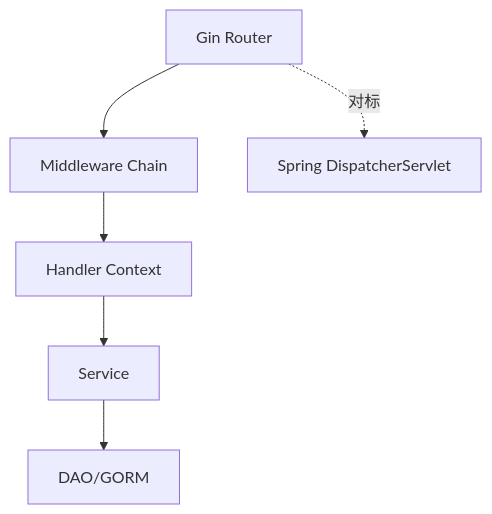
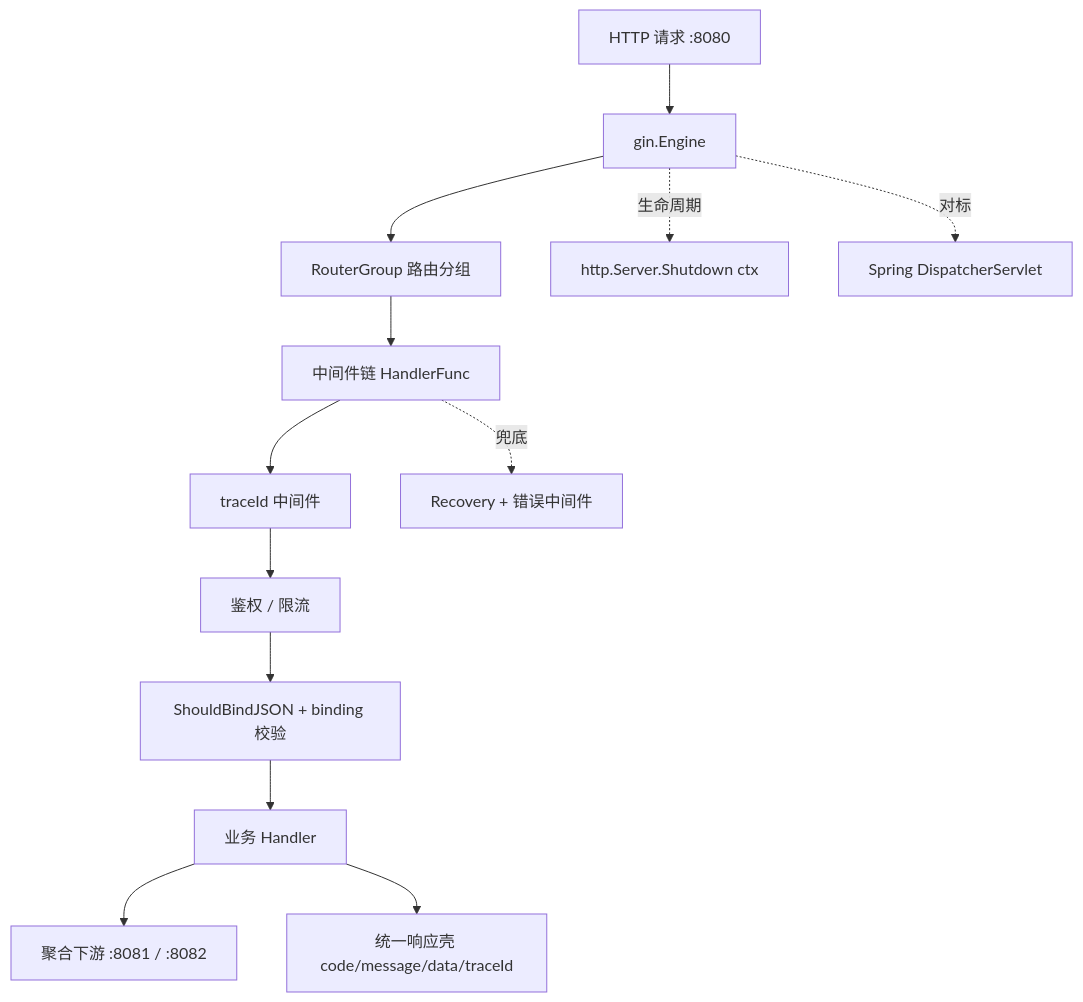
Before and after one commit to xiangganLuo/java-perspective-go-python-fullstack: the diagram in book/chapters/05-go-web-框架-gin-对标-spring-mvc-的技术映射.md, drawn with Mermaid. The commit also changed other lines of this file and 17 other files, not shown here.

````diff
--- a/book/chapters/05-go-web-框架-gin-对标-spring-mvc-的技术映射.md
+++ b/book/chapters/05-go-web-框架-gin-对标-spring-mvc-的技术映射.md
@@ -17,8 +19,15 @@
 ```mermaid
 flowchart TD
-  R[Gin Router] --> M[Middleware Chain]
-  M --> C[Handler Context]
-  C --> S[Service]
-  S --> D[DAO/GORM]
-  R -.对标.-> SMVC[Spring DispatcherServlet]
+  REQ[HTTP 请求 :8080] --> ENG[gin.Engine]
+  ENG --> RG[RouterGroup 路由分组]
+  RG --> MW[中间件链 HandlerFunc]
+  MW --> TID[traceId 中间件]
+  TID --> AUTH[鉴权 / 限流]
+  AUTH --> BIND[ShouldBindJSON + binding 校验]
+  BIND --> H[业务 Handler]
+  H --> DOWN[聚合下游 :8081 / :8082]
+  MW -.兜底.-> REC[Recovery + 错误中间件]
+  H --> RESP[统一响应壳 code/message/data/traceId]
+  ENG -.生命周期.-> SRV[http.Server.Shutdown ctx]
+  ENG -.对标.-> SMVC[Spring DispatcherServlet]
 ```
````
